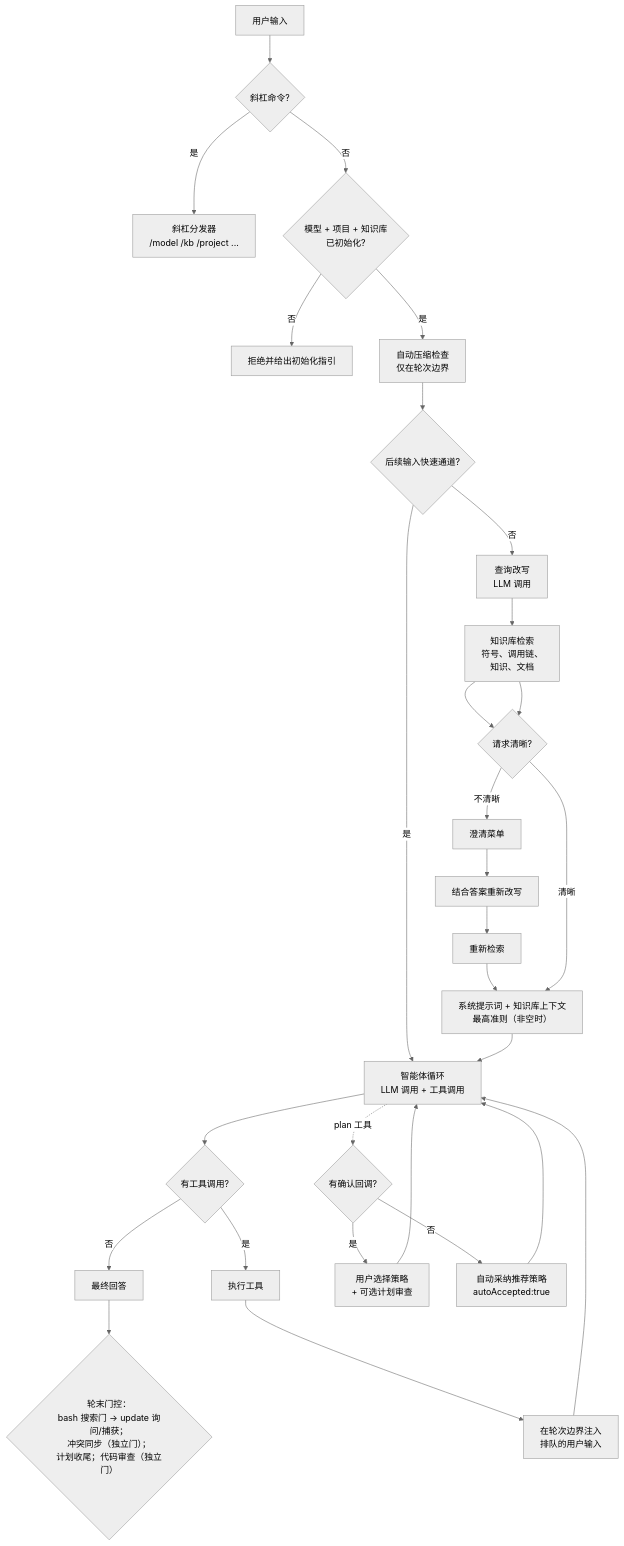
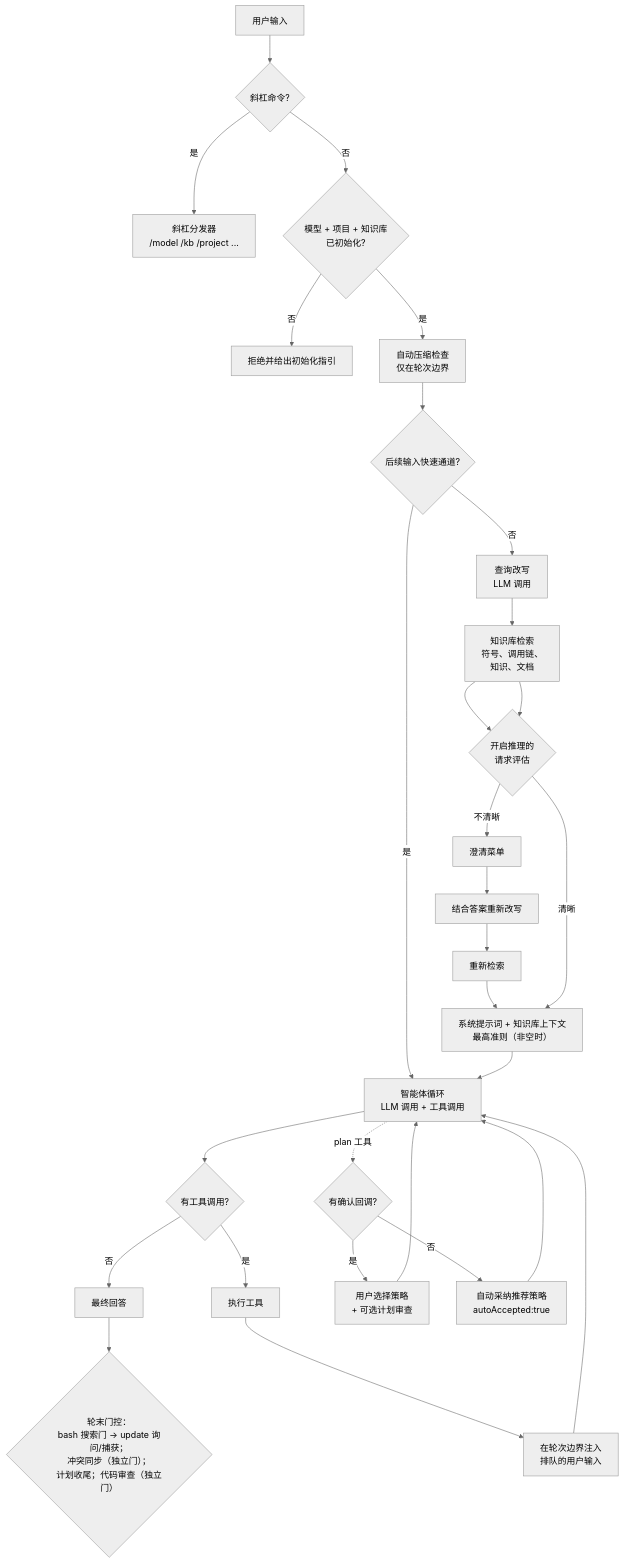
The diagram in docs/zh-CN/concepts/agent-workflow.md (HaloTech-Co-Ltd/hk2), drawn with Mermaid (neutral theme) before and after one commit. The commit also changed other lines of this file and 37 other files, not shown here.

````diff
--- a/docs/zh-CN/concepts/agent-workflow.md
+++ b/docs/zh-CN/concepts/agent-workflow.md
@@ -12,24 +12,24 @@
 ```mermaid
 flowchart TD
     U[用户输入] --> SL{斜杠命令?}
     SL -- 是 --> SC[斜杠分发器<br/>/model /kb /project ...]
     SL -- 否 --> GATE{模型 + 项目 + 知识库<br/>已初始化?}
     GATE -- 否 --> HINT[拒绝并给出初始化指引]
     GATE -- 是 --> AC[自动压缩检查<br/>仅在轮次边界]
     AC --> FL{后续输入快速通道?}
     FL -- 是 --> LOOP
-    FL -- 否 --> RW[查询改写<br/>LLM 调用] --> KB[知识库检索<br/>符号、调用链、<br/>知识、文档] --> ASSESS{请求清晰?}
+    FL -- 否 --> RW[查询改写<br/>LLM 调用] --> KB[知识库检索<br/>符号、调用链、<br/>知识、文档] --> ASSESS{开启推理的<br/>请求评估}
     ASSESS -- 不清晰 --> MENU[澄清菜单] --> RW2[结合答案重新改写] --> KB2[重新检索] --> SP
     ASSESS -- 清晰 --> SP
     KB --> ASSESS
     SP[系统提示词 + 知识库上下文<br/>最高准则（非空时）] --> LOOP[智能体循环<br/>LLM 调用 + 工具调用]
     LOOP --> TOOLS{有工具调用?}
     TOOLS -- 是 --> EXEC[执行工具] --> QUEUE[在轮次边界注入<br/>排队的用户输入] --> LOOP
     TOOLS -- 否 --> ANS[最终回答]
     LOOP -.plan 工具.-> MODE{有确认回调?}
     MODE -- 是 --> CONFIRM[用户选择策略<br/>+ 可选计划审查]
     MODE -- 否 --> AUTO[自动采纳推荐策略<br/>autoAccepted:true]
     CONFIRM --> LOOP
     AUTO --> LOOP
     ANS --> EOT{轮末门控：<br/>bash 搜索门 → update 询问/捕获；<br/>冲突同步（独立门）；<br/>计划收尾；代码审查（独立门）}
 ```
````
